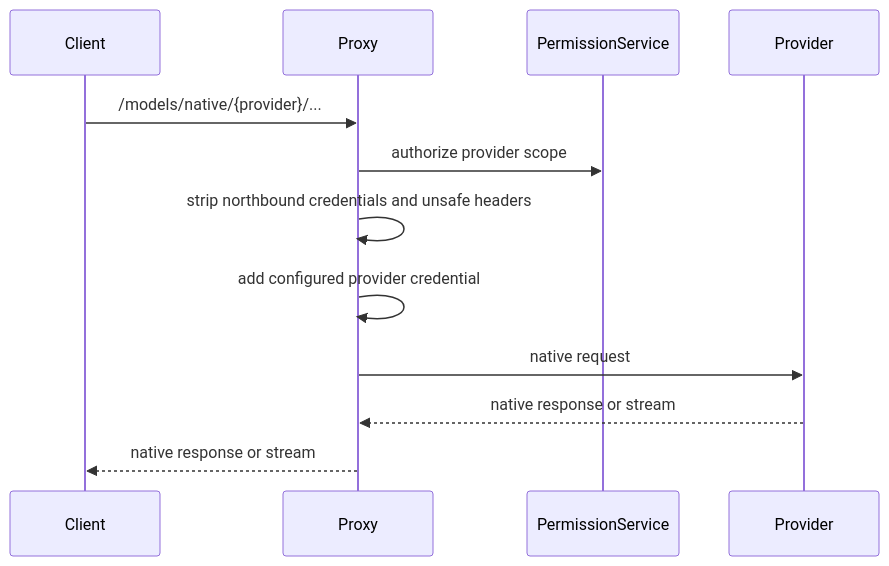
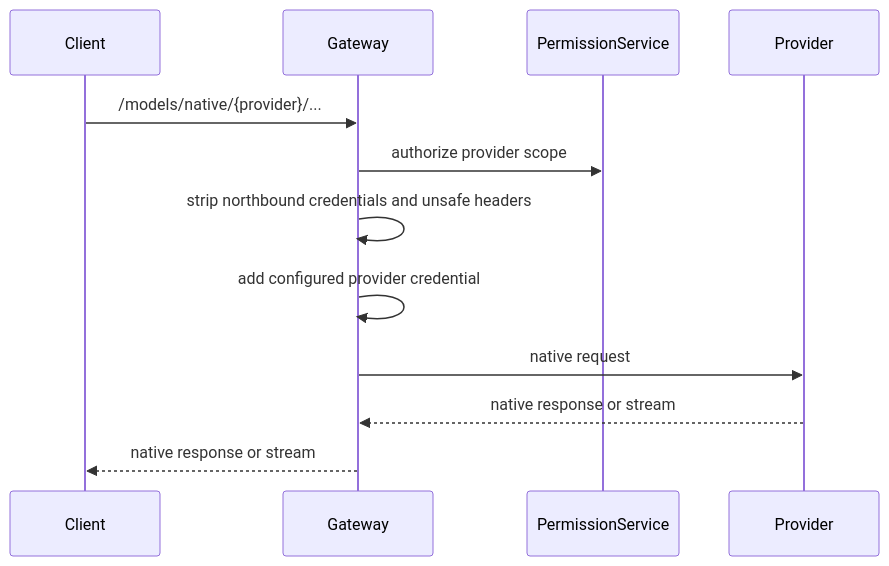
The seventh of 9 diagrams in docs/ARCHITECTURE.md (theonemule/MCP-Proxy), drawn with Mermaid before and after one commit. The commit also changed other lines of this file and 130 other files, not shown here.

```diff
--- a/docs/ARCHITECTURE.md
+++ b/docs/ARCHITECTURE.md
@@ -233,15 +246,15 @@
 ~~~mermaid
 sequenceDiagram
     participant Client
-    participant Proxy
+    participant Gateway
     participant Perm as PermissionService
     participant Provider
 
-    Client->>Proxy: /models/native/{provider}/...
-    Proxy->>Perm: authorize provider scope
-    Proxy->>Proxy: strip northbound credentials and unsafe headers
-    Proxy->>Proxy: add configured provider credential
-    Proxy->>Provider: native request
-    Provider-->>Proxy: native response or stream
-    Proxy-->>Client: native response or stream
+    Client->>Gateway: /models/native/{provider}/...
+    Gateway->>Perm: authorize provider scope
+    Gateway->>Gateway: strip northbound credentials and unsafe headers
+    Gateway->>Gateway: add configured provider credential
+    Gateway->>Provider: native request
+    Provider-->>Gateway: native response or stream
+    Gateway-->>Client: native response or stream
 ~~~
```
